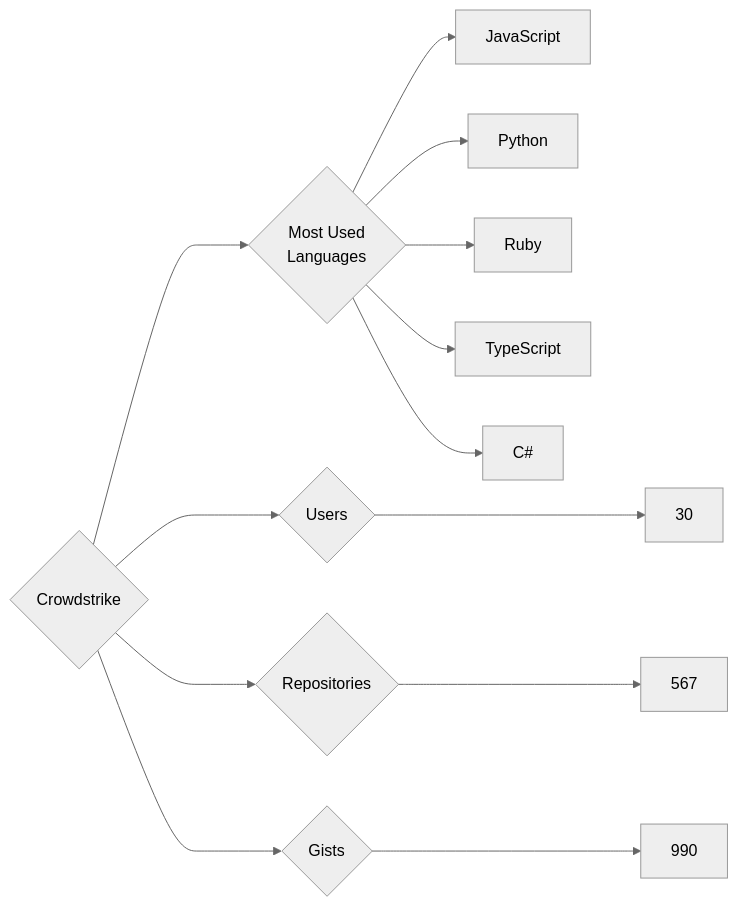
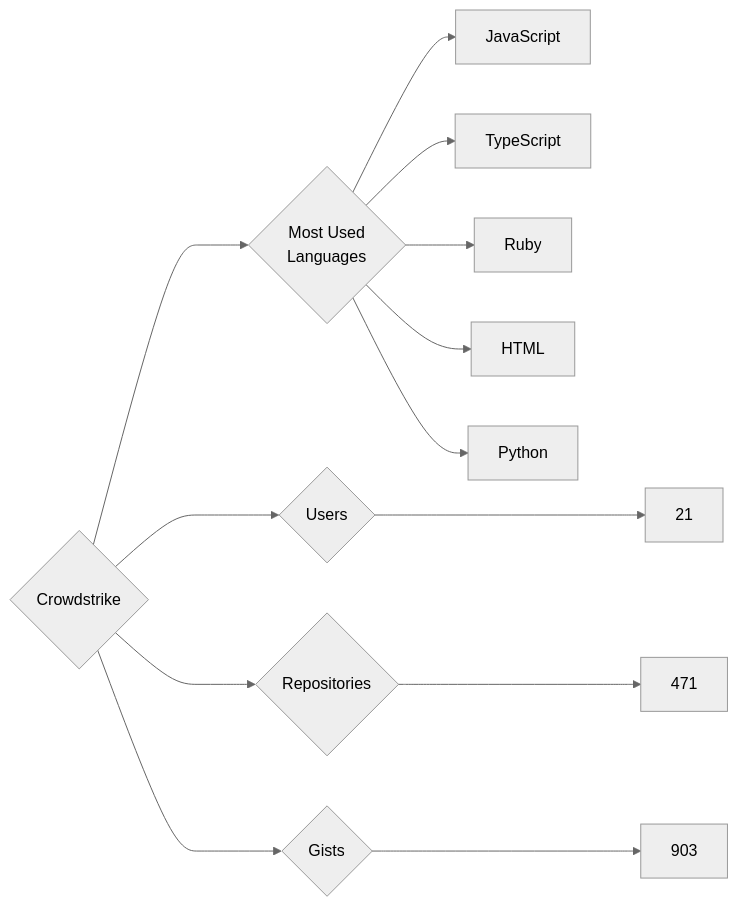
Before and after one commit to trickest/insiders: the diagram in targets/Crowdstrike/README.md, drawn with Mermaid (neutral theme). The commit also changed 916 other files, not shown here.

````diff
--- a/targets/Crowdstrike/README.md
+++ b/targets/Crowdstrike/README.md
@@ -3,13 +3,13 @@
 ```mermaid
 graph LR
 COMPANY_NAME{Crowdstrike}
-COMPANY_NAME ---> U{Users} ---> UN[30]
-COMPANY_NAME ---> R{Repositories} ---> RN[567]
-COMPANY_NAME ---> G{Gists} ---> GN[990]
+COMPANY_NAME ---> U{Users} ---> UN[21]
+COMPANY_NAME ---> R{Repositories} ---> RN[471]
+COMPANY_NAME ---> G{Gists} ---> GN[903]
 COMPANY_NAME ---> ML{Most Used<br>Languages}
 ML --> JavaScript[JavaScript]
+ML --> TypeScript[TypeScript]
+ML --> Ruby[Ruby]
+ML --> HTML[HTML]
 ML --> Python[Python]
-ML --> Ruby[Ruby]
-ML --> TypeScript[TypeScript]
-ML --> C#[C#]
 ```
````
